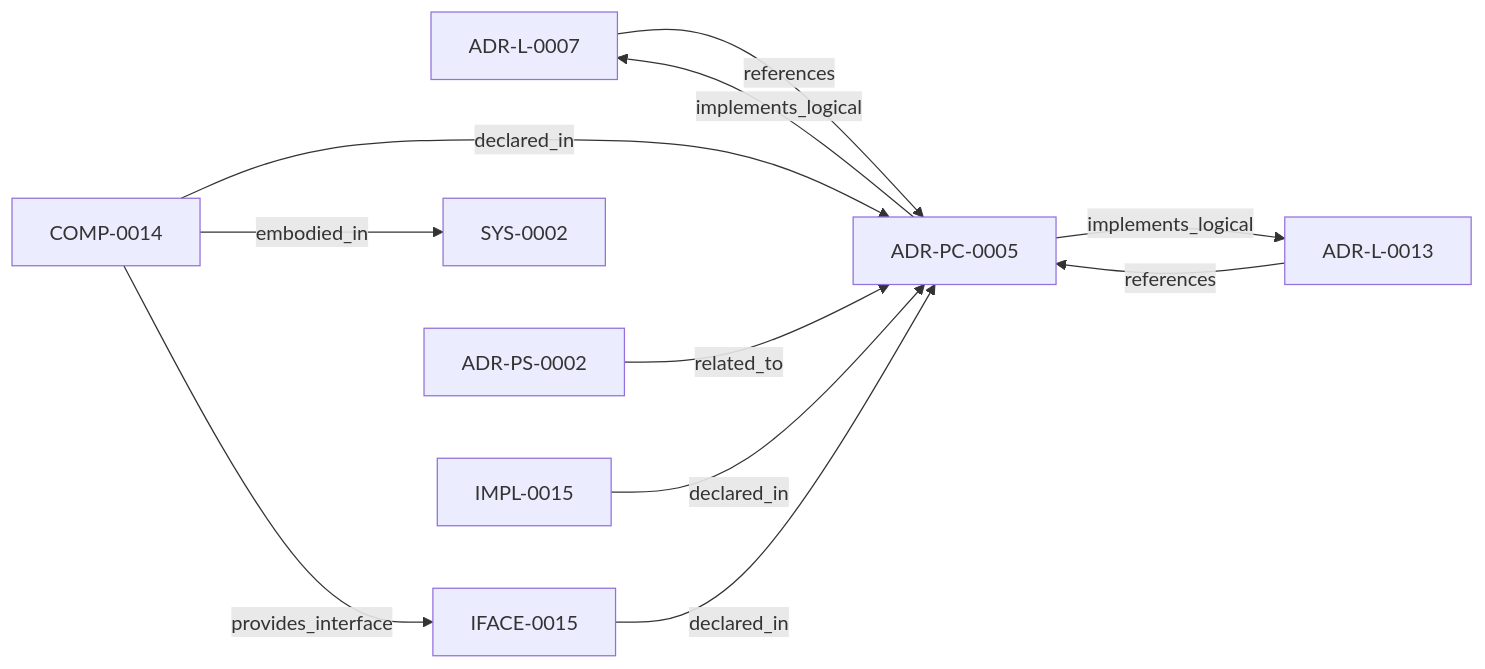
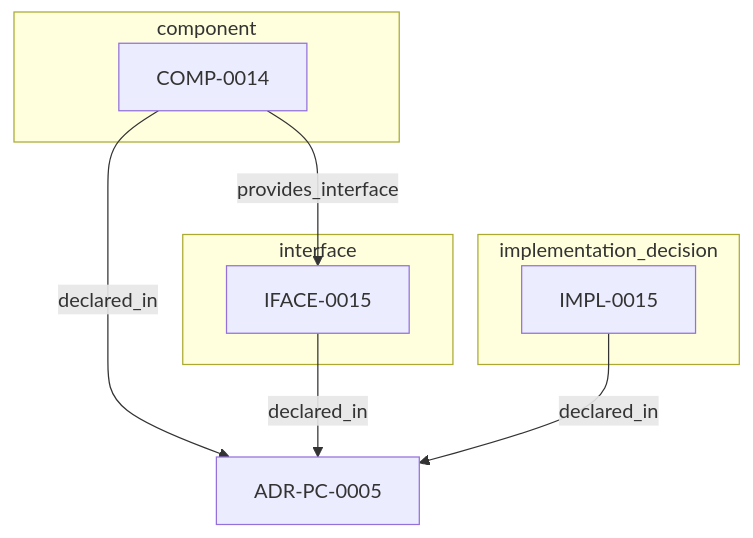
The third of 3 diagrams in adrs/adr-projection/physical-component/ADR-PC-0005-generated-artifact-integrity-validation.md (egallmann/adr-architecture-kit), drawn with Mermaid before and after one commit. The commit also changed other lines of this file and 177 other files, not shown here.

````diff
--- a/adrs/adr-projection/physical-component/ADR-PC-0005-generated-artifact-integrity-validation.md
+++ b/adrs/adr-projection/physical-component/ADR-PC-0005-generated-artifact-integrity-validation.md
@@ -52,21 +103,17 @@
 ```mermaid
-flowchart LR
-  n_019fee89_e615_7b9c_8e3f_32ceeda01491["ADR-L-0007"]
-  n_019fee89_e616_7c4e_953c_b7349412a784["ADR-L-0013"]
-  n_019fee89_e618_713e_a017_5b417ef9ac9f["SYS-0002"]
+flowchart TB
   n_019fee89_e618_74b2_a83e_e41c7d8c9f37["ADR-PC-0005"]
-  n_019fee89_e618_781c_831f_0d5fe24f7d85["COMP-0014"]
-  n_019fee89_e618_783a_8511_196b6a627b3e["IFACE-0015"]
-  n_019fee89_e618_7d04_9337_4aa2d3258507["ADR-PS-0002"]
-  n_019fee89_e618_7d0d_ae2e_d65c2d83b72d["IMPL-0015"]
+  subgraph sg_component["component"]
+    n_019fee89_e618_781c_831f_0d5fe24f7d85["COMP-0014"]
+  end
+  subgraph sg_interface["interface"]
+    n_019fee89_e618_783a_8511_196b6a627b3e["IFACE-0015"]
+  end
+  subgraph sg_implementation_decision["implementation_decision"]
+    n_019fee89_e618_7d0d_ae2e_d65c2d83b72d["IMPL-0015"]
+  end
   n_019fee89_e618_781c_831f_0d5fe24f7d85 -->|"declared_in"| n_019fee89_e618_74b2_a83e_e41c7d8c9f37
   n_019fee89_e618_783a_8511_196b6a627b3e -->|"declared_in"| n_019fee89_e618_74b2_a83e_e41c7d8c9f37
   n_019fee89_e618_7d0d_ae2e_d65c2d83b72d -->|"declared_in"| n_019fee89_e618_74b2_a83e_e41c7d8c9f37
-  n_019fee89_e618_781c_831f_0d5fe24f7d85 -->|"embodied_in"| n_019fee89_e618_713e_a017_5b417ef9ac9f
-  n_019fee89_e618_74b2_a83e_e41c7d8c9f37 -->|"implements_logical"| n_019fee89_e615_7b9c_8e3f_32ceeda01491
-  n_019fee89_e618_74b2_a83e_e41c7d8c9f37 -->|"implements_logical"| n_019fee89_e616_7c4e_953c_b7349412a784
   n_019fee89_e618_781c_831f_0d5fe24f7d85 -->|"provides_interface"| n_019fee89_e618_783a_8511_196b6a627b3e
-  n_019fee89_e615_7b9c_8e3f_32ceeda01491 -->|"references"| n_019fee89_e618_74b2_a83e_e41c7d8c9f37
-  n_019fee89_e616_7c4e_953c_b7349412a784 -->|"references"| n_019fee89_e618_74b2_a83e_e41c7d8c9f37
-  n_019fee89_e618_7d04_9337_4aa2d3258507 -->|"related_to"| n_019fee89_e618_74b2_a83e_e41c7d8c9f37
 ```
````
